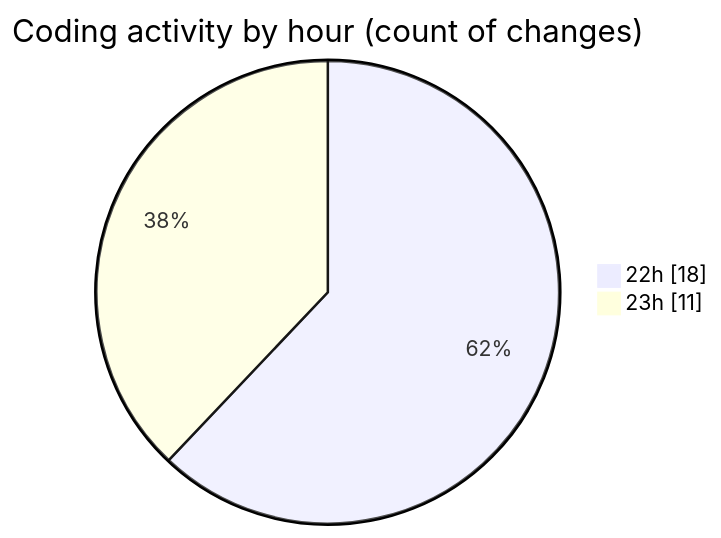
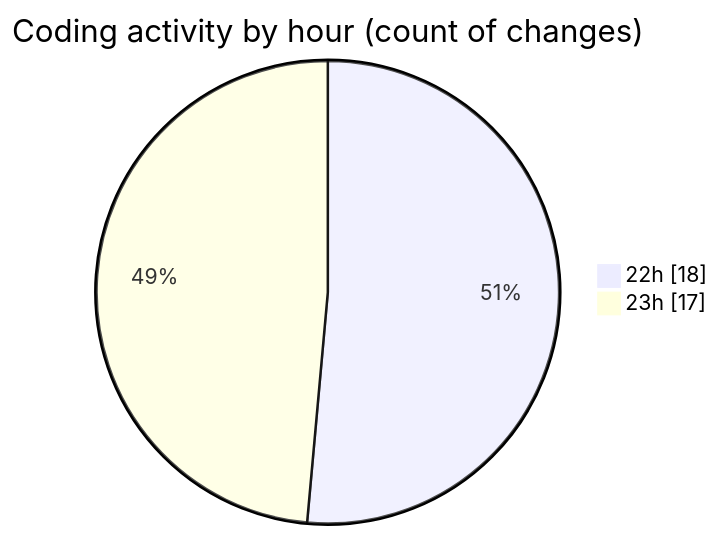
Before and after one commit to charlie-sans/code-tracking: the second of 2 diagrams in 2025-02-18/masm/README.md, drawn with Mermaid. The commit also changed other lines of this file and 1 other file, not shown here.

````diff
--- a/2025-02-18/masm/README.md
+++ b/2025-02-18/masm/README.md
@@ -34,6 +35,6 @@
 ```mermaid
 pie showData
 title Coding activity by hour (count of changes)
 "22h" : 18
-"23h" : 11
+"23h" : 17
 ```
````
